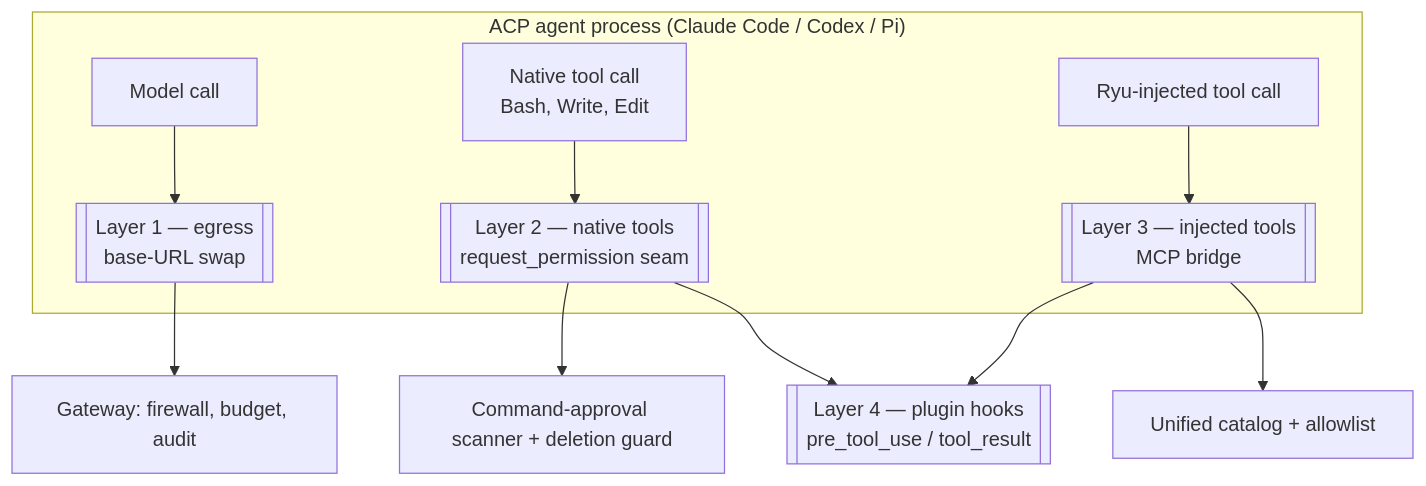
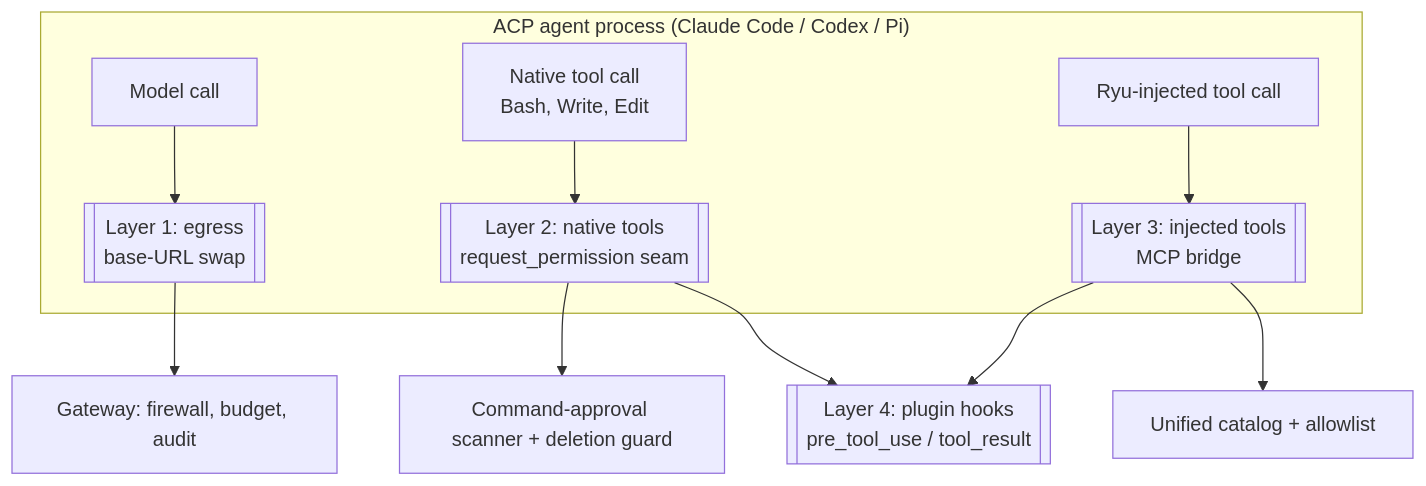
Before and after one commit to amajorai/ryu-docs: the diagram in content/docs/gateway/acp-agent-governance.mdx, drawn with Mermaid. The commit also changed other lines of this file and 2538 other files, not shown here.

````diff
--- a/content/docs/gateway/acp-agent-governance.mdx
+++ b/content/docs/gateway/acp-agent-governance.mdx
@@ -14,13 +14,13 @@
 ```mermaid
 flowchart TD
   subgraph Agent["ACP agent process (Claude Code / Codex / Pi)"]
     L[Model call] --> A1
     T[Native tool call<br/>Bash, Write, Edit] --> A2
     R[Ryu-injected tool call] --> A3
   end
-  A1[["Layer 1 — egress<br/>base-URL swap"]] --> GW[Gateway: firewall, budget, audit]
-  A2[["Layer 2 — native tools<br/>request_permission seam"]] --> SC[Command-approval scanner + deletion guard]
-  A3[["Layer 3 — injected tools<br/>MCP bridge"]] --> CAT[Unified catalog + allowlist]
-  A2 --> HK[["Layer 4 — plugin hooks<br/>pre_tool_use / tool_result"]]
+  A1[["Layer 1: egress<br/>base-URL swap"]] --> GW[Gateway: firewall, budget, audit]
+  A2[["Layer 2: native tools<br/>request_permission seam"]] --> SC[Command-approval scanner + deletion guard]
+  A3[["Layer 3: injected tools<br/>MCP bridge"]] --> CAT[Unified catalog + allowlist]
+  A2 --> HK[["Layer 4: plugin hooks<br/>pre_tool_use / tool_result"]]
   A3 --> HK
 ```
````
